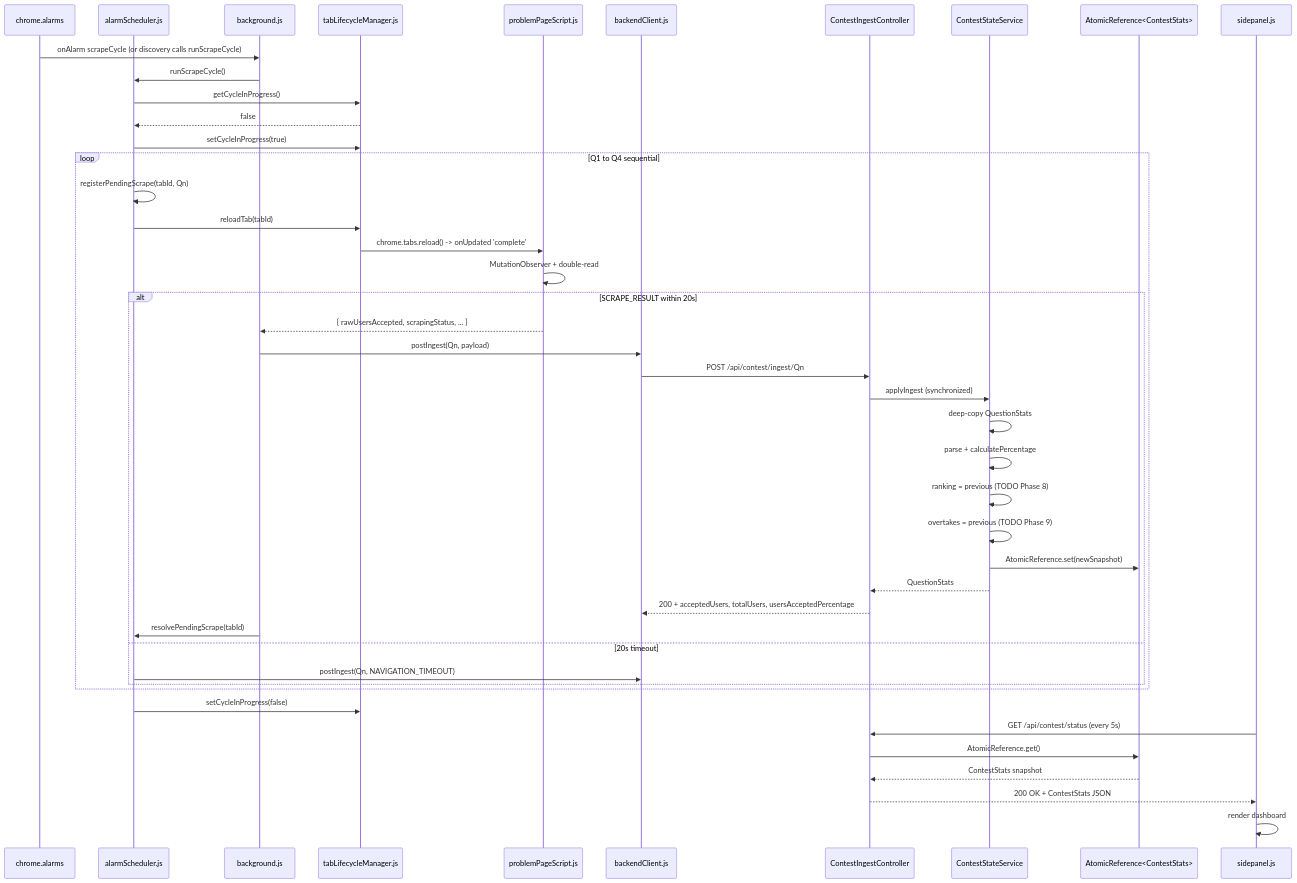
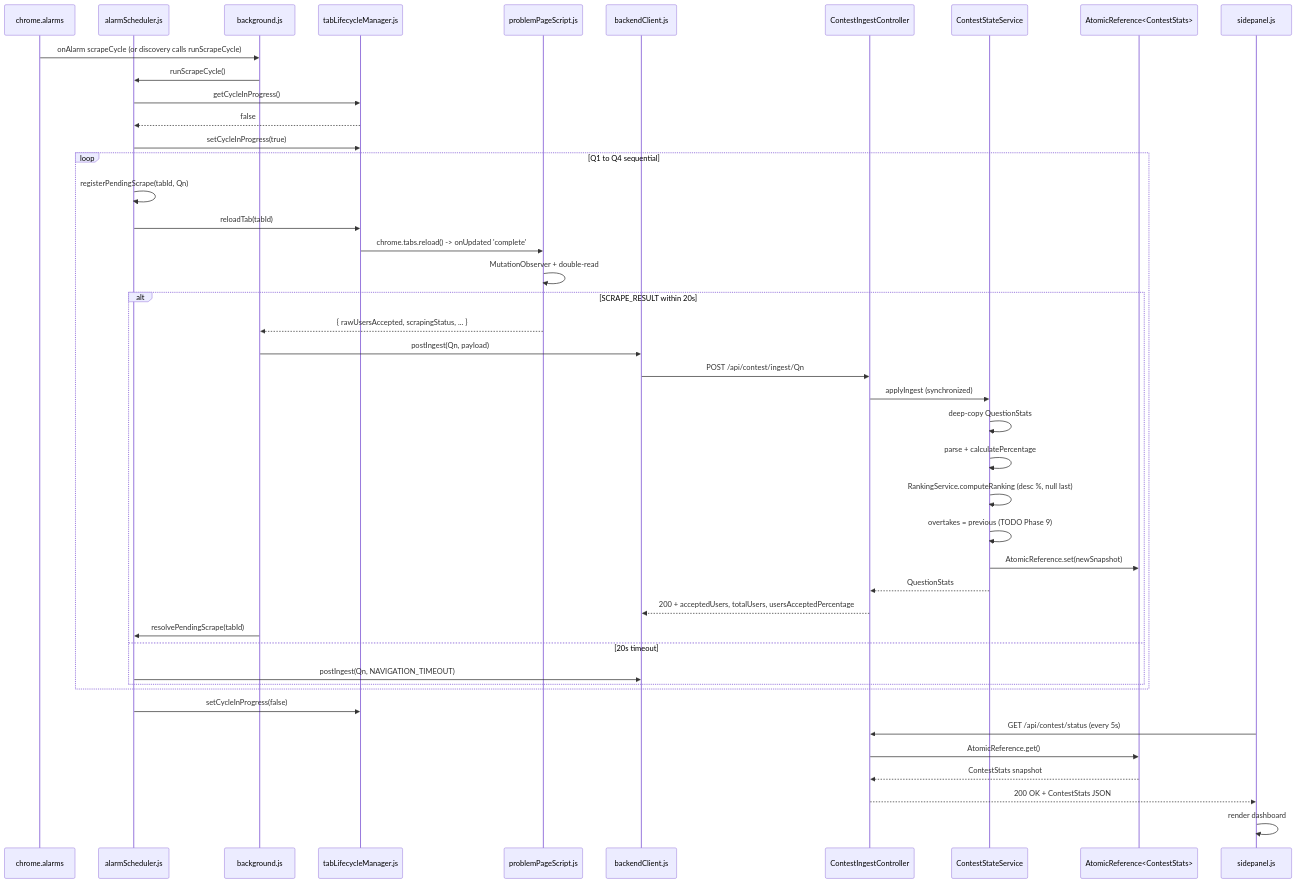
One commit to TLEtoAC/LC-Extension changed the diagram in FLOW.md. Above: the diagram before and after it, drawn with Mermaid. The commit also changed 13 other files, not shown here.

````diff
--- a/FLOW.md
+++ b/FLOW.md
@@ -48,47 +48,47 @@
 ```mermaid
 sequenceDiagram
     participant Alarm as chrome.alarms
     participant AS as alarmScheduler.js
     participant BG as background.js
     participant TLM as tabLifecycleManager.js
     participant CS as problemPageScript.js
     participant BC as backendClient.js
     participant API as ContestIngestController
     participant SVC as ContestStateService
     participant REF as AtomicReference<ContestStats>
     participant SP as sidepanel.js
 
     Alarm->>BG: onAlarm scrapeCycle (or discovery calls runScrapeCycle)
     BG->>AS: runScrapeCycle()
     AS->>TLM: getCycleInProgress()
     TLM-->>AS: false
     AS->>TLM: setCycleInProgress(true)
     loop Q1 to Q4 sequential
         AS->>AS: registerPendingScrape(tabId, Qn)
         AS->>TLM: reloadTab(tabId)
         TLM->>CS: chrome.tabs.reload() -> onUpdated 'complete'
         CS->>CS: MutationObserver + double-read
         alt SCRAPE_RESULT within 20s
             CS-->>BG: { rawUsersAccepted, scrapingStatus, ... }
             BG->>BC: postIngest(Qn, payload)
             BC->>API: POST /api/contest/ingest/Qn
             API->>SVC: applyIngest (synchronized)
             SVC->>SVC: deep-copy QuestionStats
             SVC->>SVC: parse + calculatePercentage
-            SVC->>SVC: ranking = previous (TODO Phase 8)
+            SVC->>SVC: RankingService.computeRanking (desc %, null last)
             SVC->>SVC: overtakes = previous (TODO Phase 9)
             SVC->>REF: AtomicReference.set(newSnapshot)
             SVC-->>API: QuestionStats
             API-->>BC: 200 + acceptedUsers, totalUsers, usersAcceptedPercentage
             BG->>AS: resolvePendingScrape(tabId)
         else 20s timeout
             AS->>BC: postIngest(Qn, NAVIGATION_TIMEOUT)
         end
     end
     AS->>TLM: setCycleInProgress(false)
     SP->>API: GET /api/contest/status (every 5s)
     API->>REF: AtomicReference.get()
     REF-->>API: ContestStats snapshot
     API-->>SP: 200 OK + ContestStats JSON
     SP->>SP: render dashboard
 ```
````
